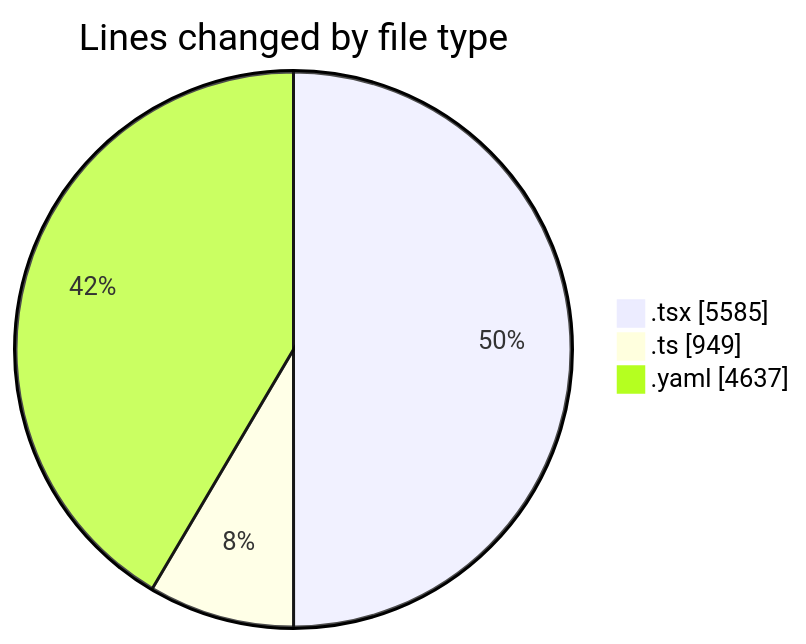
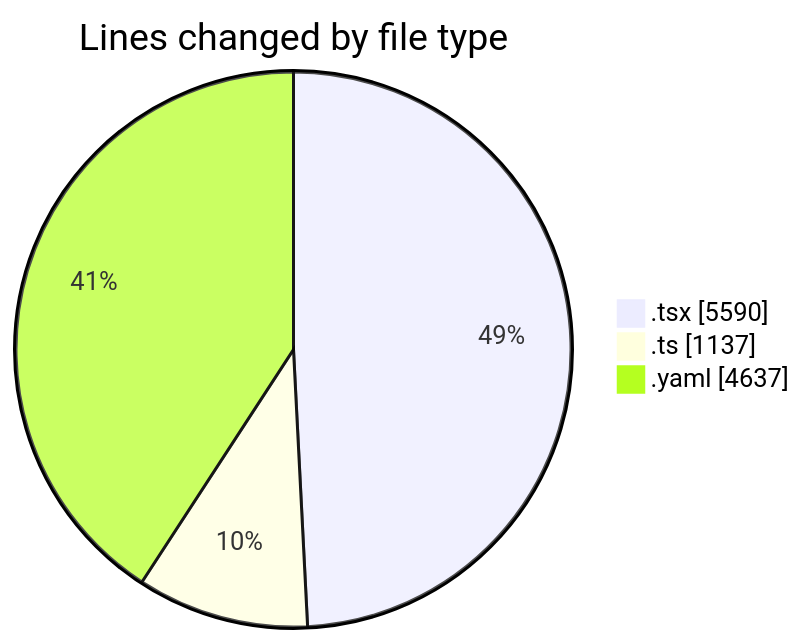
The first of 2 diagrams in 2025-10-13/eventscop-frontend-guide__workspace_/README.md (julien-gomy/code-tracking), drawn with Mermaid before and after one commit. The commit also changed other lines of this file and 1 other file, not shown here.

````diff
--- a/2025-10-13/eventscop-frontend-guide__workspace_/README.md
+++ b/2025-10-13/eventscop-frontend-guide__workspace_/README.md
@@ -48,7 +49,7 @@
 ```mermaid
 pie showData
 title Lines changed by file type
-".tsx" : 5585
-".ts" : 949
+".tsx" : 5590
+".ts" : 1137
 ".yaml" : 4637
 ```
````
